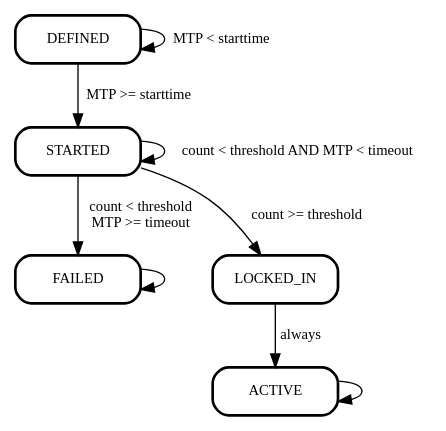
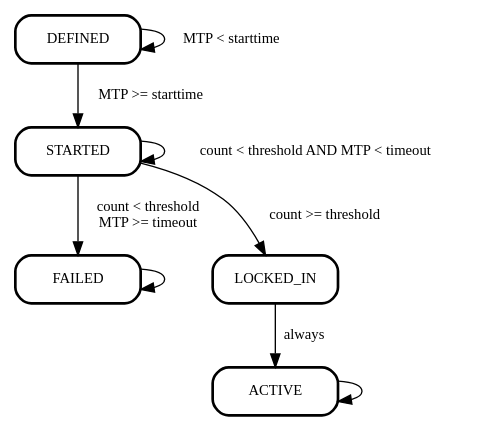
The diagram in taproot/bip9.dot (Sjors/nado-book), drawn with Graphviz before and after one commit. The commit also changed 18 other files, not shown here.

```diff
--- a/taproot/bip9.dot
+++ b/taproot/bip9.dot
@@ -1,30 +1,30 @@
 digraph {
   rankdir=TD;
 
-  node [fontname="lmtt", fontsize=11, fixedsize=true, width=1.3, shape=box, style="rounded,bold"];
+  node [fontsize=11, fixedsize=true, width=1.3, shape=box, style="rounded,bold"];
 
-  edge [fontname="lmtt", fontsize=11];
+  edge [fontsize=11];
 
   edge [weight = 100];
   "DEFINED" -> "STARTED" [label=" MTP >= starttime"];
   "STARTED" -> "FAILED" [label=" count < threshold\nMTP >= timeout"];
   "LOCKED_IN" -> "ACTIVE" [label=" always"];
 
   edge [weight = 1];
   "STARTED" -> "LOCKED_IN" [label="count >= threshold"];
 
   "FAILED" -> "LOCKED_IN" [style=invis];
 
   "DEFINED"-> "DEFINED" [label=" MTP < starttime"];
   "STARTED"-> "STARTED" [label=" count < threshold AND MTP < timeout"];
   "ACTIVE" -> "ACTIVE";
   "FAILED" -> "FAILED";
 
   "STARTED";
   "LOCKED_IN";
   "ACTIVE";
   "FAILED";
 
   { rank=same; "FAILED" "LOCKED_IN" }
   { rank=sink; "ACTIVE" }
 }
```
